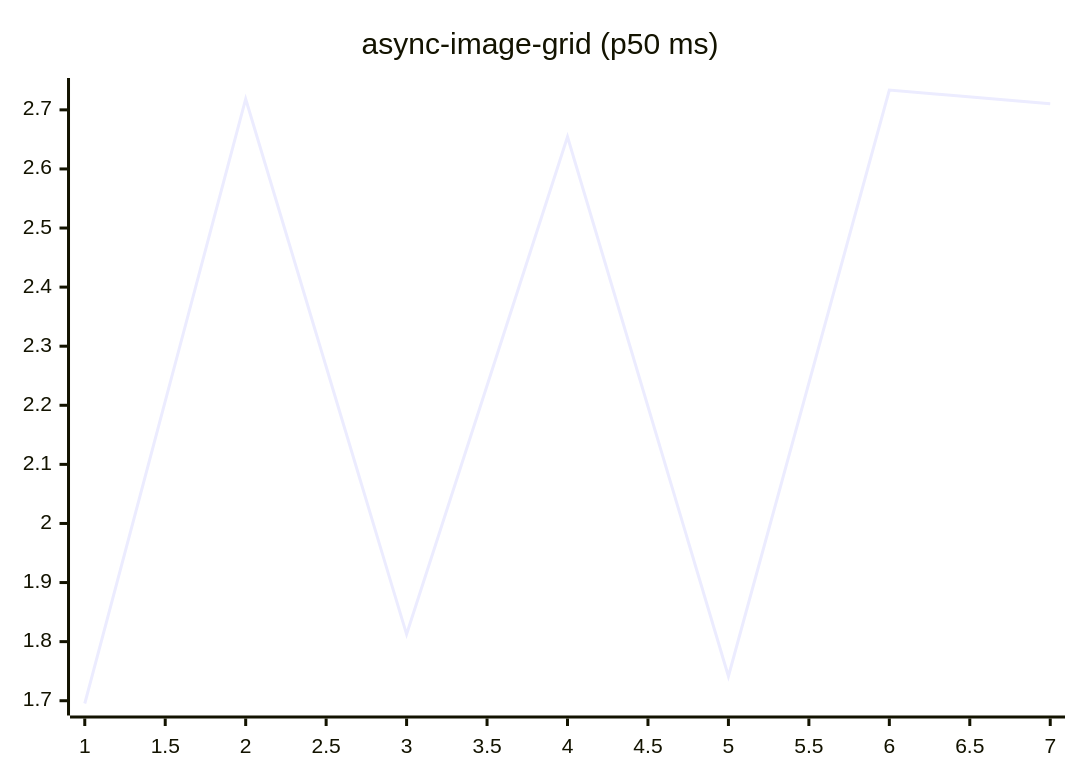
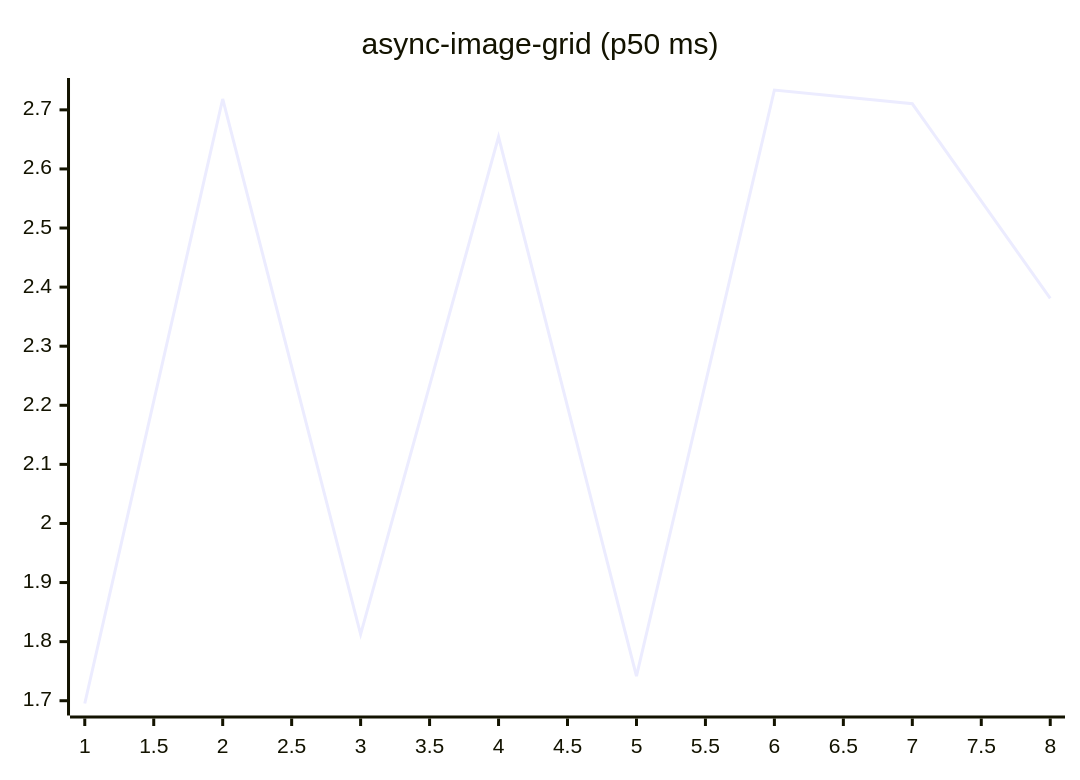
One commit to josha/Facet changed the fifth of 27 diagrams in README.md. Above: the diagram before and after it, drawn with Mermaid. The commit also changed other lines of this file and 2 other files, not shown here.

````diff
--- a/README.md
+++ b/README.md
@@ -91,6 +91,6 @@
 ```mermaid
 xychart-beta
     title "async-image-grid (p50 ms)"
-    x-axis 1 --> 7
-    line [1.6953, 2.7184, 1.8124, 2.6543, 1.7415, 2.7336, 2.7103]
+    x-axis 1 --> 8
+    line [1.6953, 2.7184, 1.8124, 2.6543, 1.7415, 2.7336, 2.7103, 2.3810]
 ```
````
